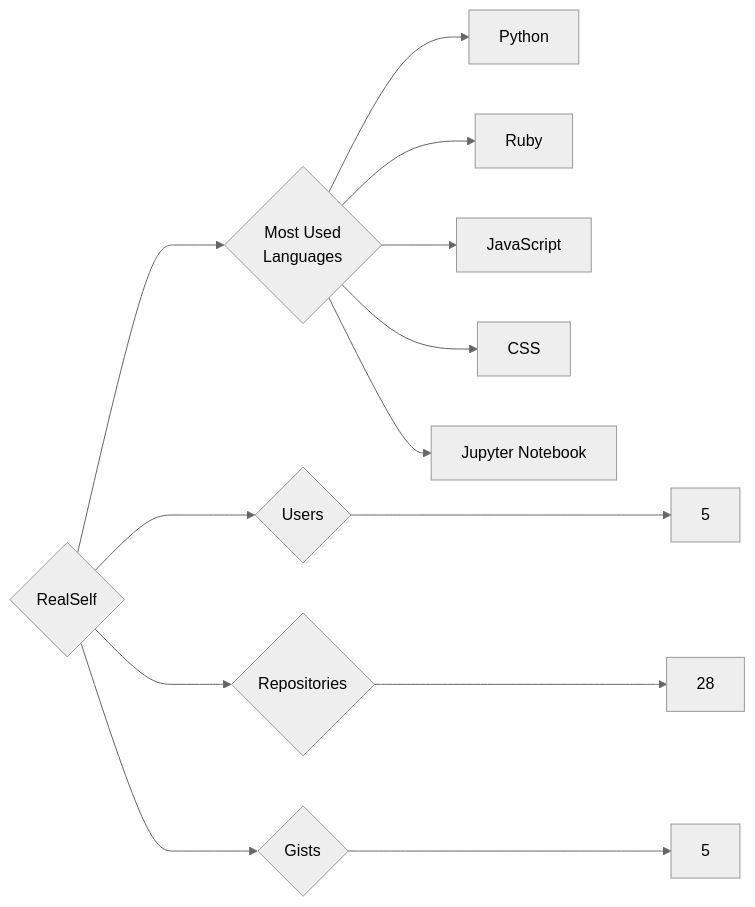
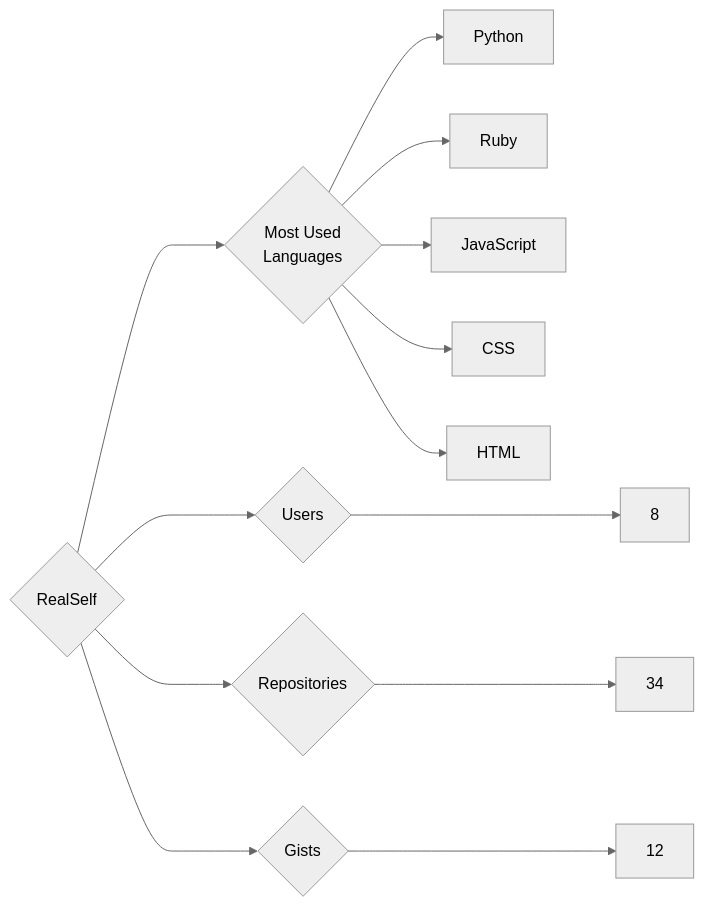
The diagram in targets/RealSelf/README.md (trickest/insiders), drawn with Mermaid (neutral theme) before and after one commit. The commit also changed 940 other files, not shown here.

````diff
--- a/targets/RealSelf/README.md
+++ b/targets/RealSelf/README.md
@@ -3,13 +3,13 @@
 ```mermaid
 graph LR
 COMPANY_NAME{RealSelf}
-COMPANY_NAME ---> U{Users} ---> UN[5]
-COMPANY_NAME ---> R{Repositories} ---> RN[28]
-COMPANY_NAME ---> G{Gists} ---> GN[5]
+COMPANY_NAME ---> U{Users} ---> UN[8]
+COMPANY_NAME ---> R{Repositories} ---> RN[34]
+COMPANY_NAME ---> G{Gists} ---> GN[12]
 COMPANY_NAME ---> ML{Most Used<br>Languages}
 ML --> Python[Python]
 ML --> Ruby[Ruby]
 ML --> JavaScript[JavaScript]
 ML --> CSS[CSS]
-ML --> Jupyter_Notebook[Jupyter Notebook]
+ML --> HTML[HTML]
 ```
````
